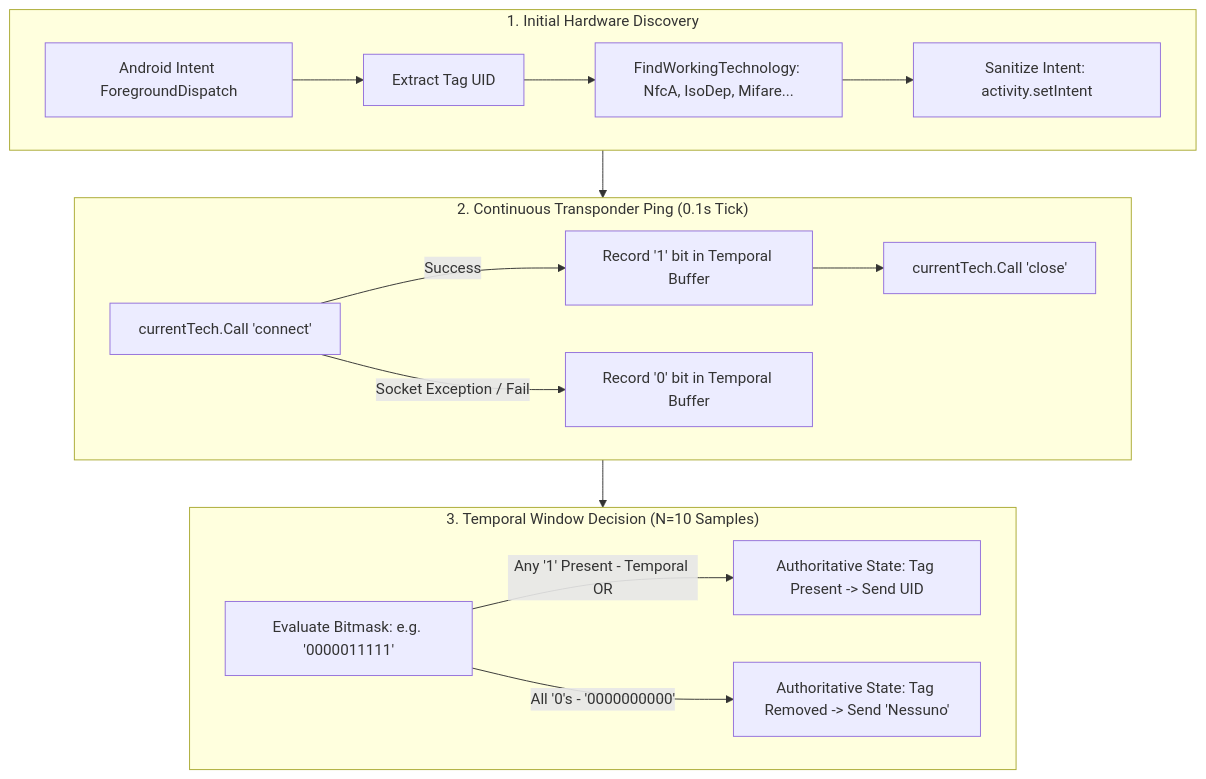
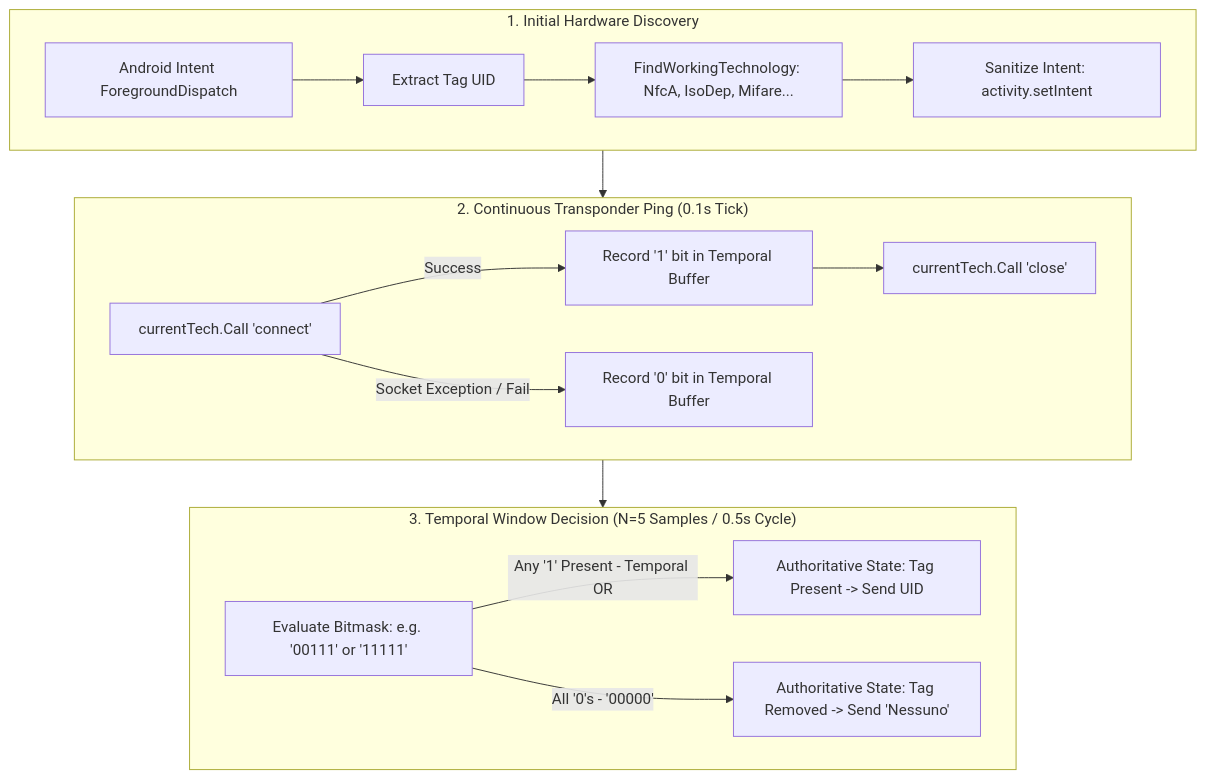
The second of 2 diagrams in README.md (Andrea-Graziano-Gitto/unity-android-nfc-skylanders-bridge), drawn with Mermaid before and after one commit. The commit also changed other lines of this file, not shown here.

````diff
--- a/README.md
+++ b/README.md
@@ -82,22 +82,22 @@
 ```mermaid
 flowchart TD
     subgraph Discovery ["1. Initial Hardware Discovery"]
         A[Android Intent ForegroundDispatch] --> B[Extract Tag UID]
         B --> C[FindWorkingTechnology: NfcA, IsoDep, Mifare...]
         C --> D[Sanitize Intent: activity.setIntent]
     end
 
     subgraph Verification ["2. Continuous Transponder Ping (0.1s Tick)"]
         E[currentTech.Call 'connect'] -->|Success| F[Record '1' bit in Temporal Buffer]
         E -->|Socket Exception / Fail| G[Record '0' bit in Temporal Buffer]
         F --> H[currentTech.Call 'close']
     end
 
-    subgraph Decision ["3. Temporal Window Decision (N=10 Samples)"]
-        I[Evaluate Bitmask: e.g. '0000011111']
+    subgraph Decision ["3. Temporal Window Decision (N=5 Samples / 0.5s Cycle)"]
+        I[Evaluate Bitmask: e.g. '00111' or '11111']
         I -->|Any '1' Present - Temporal OR| J[Authoritative State: Tag Present -> Send UID]
-        I -->|All '0's - '0000000000'| K[Authoritative State: Tag Removed -> Send 'Nessuno']
+        I -->|All '0's - '00000'| K[Authoritative State: Tag Removed -> Send 'Nessuno']
     end
 
     Discovery --> Verification --> Decision
 ```
````
